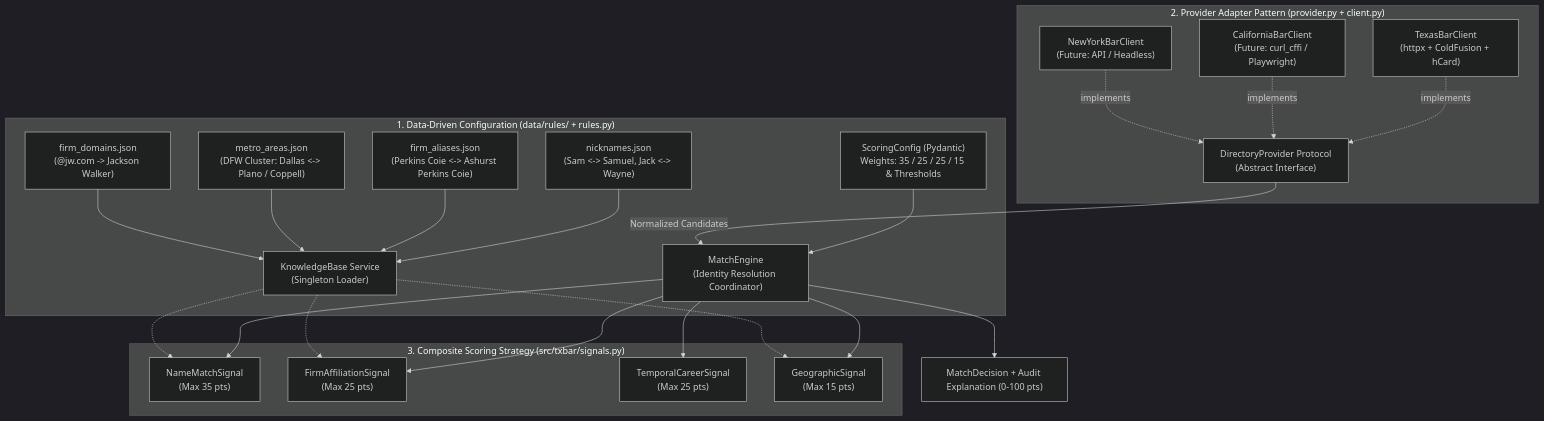
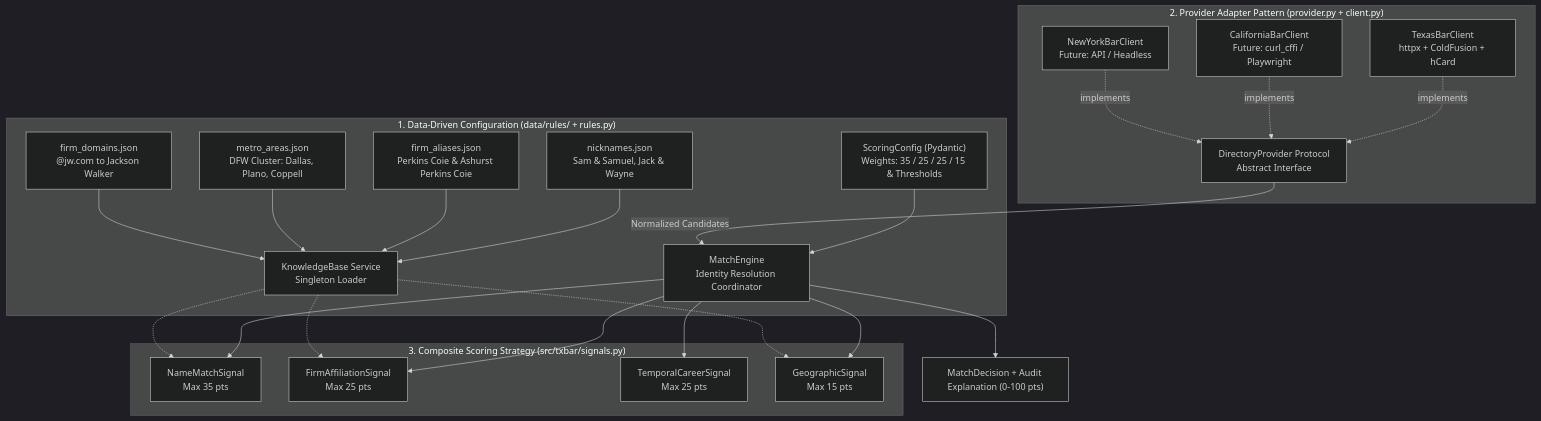
Before and after one commit to zebok/attorney-scrapper: the second of 4 diagrams in docs/DIAGRAMS_EN.md, drawn with Mermaid (dark theme). The commit also changed other lines of this file and 2 other files, not shown here.

Commit message:
fix(docs): resolve Mermaid parser errors by quoting edge labels and removing unquoted parens

````diff
--- a/docs/DIAGRAMS_EN.md
+++ b/docs/DIAGRAMS_EN.md
@@ -50,29 +50,29 @@
 ```mermaid
 flowchart TD
     subgraph DataDriven["1. Data-Driven Configuration (data/rules/ + rules.py)"]
-        R1["nicknames.json<br/>(Sam <-> Samuel, Jack <-> Wayne)"] --> KB["KnowledgeBase Service<br/>(Singleton Loader)"]
-        R2["firm_aliases.json<br/>(Perkins Coie <-> Ashurst Perkins Coie)"] --> KB
-        R3["metro_areas.json<br/>(DFW Cluster: Dallas <-> Plano / Coppell)"] --> KB
-        R4["firm_domains.json<br/>(@jw.com -> Jackson Walker)"] --> KB
-        CFG["ScoringConfig (Pydantic)<br/>Weights: 35 / 25 / 25 / 15 & Thresholds"] --> ENG["MatchEngine<br/>(Identity Resolution Coordinator)"]
+        R1["nicknames.json<br/>Sam & Samuel, Jack & Wayne"] --> KB["KnowledgeBase Service<br/>Singleton Loader"]
+        R2["firm_aliases.json<br/>Perkins Coie & Ashurst Perkins Coie"] --> KB
+        R3["metro_areas.json<br/>DFW Cluster: Dallas, Plano, Coppell"] --> KB
+        R4["firm_domains.json<br/>@jw.com to Jackson Walker"] --> KB
+        CFG["ScoringConfig (Pydantic)<br/>Weights: 35 / 25 / 25 / 15 & Thresholds"] --> ENG["MatchEngine<br/>Identity Resolution Coordinator"]
     end
 
     subgraph ProviderPattern["2. Provider Adapter Pattern (provider.py + client.py)"]
-        TXP["TexasBarClient<br/>(httpx + ColdFusion + hCard)"] -.->|implements| DP["DirectoryProvider Protocol<br/>(Abstract Interface)"]
-        CAP["CaliforniaBarClient<br/>(Future: curl_cffi / Playwright)"] -.->|implements| DP
-        NYP["NewYorkBarClient<br/>(Future: API / Headless)"] -.->|implements| DP
+        TXP["TexasBarClient<br/>httpx + ColdFusion + hCard"] -.->|"implements"| DP["DirectoryProvider Protocol<br/>Abstract Interface"]
+        CAP["CaliforniaBarClient<br/>Future: curl_cffi / Playwright"] -.->|"implements"| DP
+        NYP["NewYorkBarClient<br/>Future: API / Headless"] -.->|"implements"| DP
     end
 
     subgraph CompositeScoring["3. Composite Scoring Strategy (src/txbar/signals.py)"]
-        ENG --> S1["NameMatchSignal<br/>(Max 35 pts)"]
-        ENG --> S2["FirmAffiliationSignal<br/>(Max 25 pts)"]
-        ENG --> S3["TemporalCareerSignal<br/>(Max 25 pts)"]
-        ENG --> S4["GeographicSignal<br/>(Max 15 pts)"]
+        ENG --> S1["NameMatchSignal<br/>Max 35 pts"]
+        ENG --> S2["FirmAffiliationSignal<br/>Max 25 pts"]
+        ENG --> S3["TemporalCareerSignal<br/>Max 25 pts"]
+        ENG --> S4["GeographicSignal<br/>Max 15 pts"]
         KB -.-> S1
         KB -.-> S2
         KB -.-> S4
     end
 
-    DP -->|Normalized Candidates| ENG
+    DP -->|"Normalized Candidates"| ENG
     ENG --> OUT["MatchDecision + Audit Explanation (0-100 pts)"]
 ```
````
